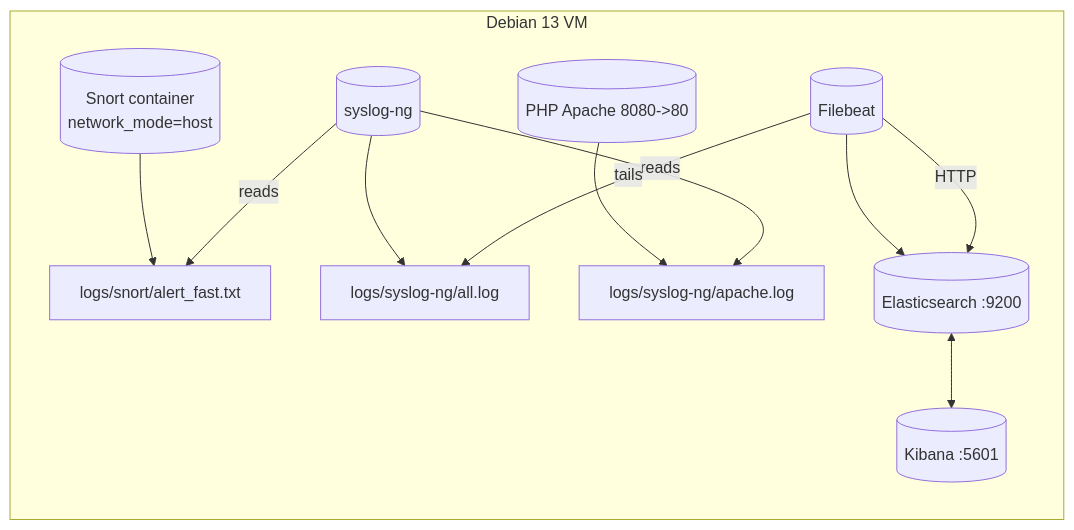
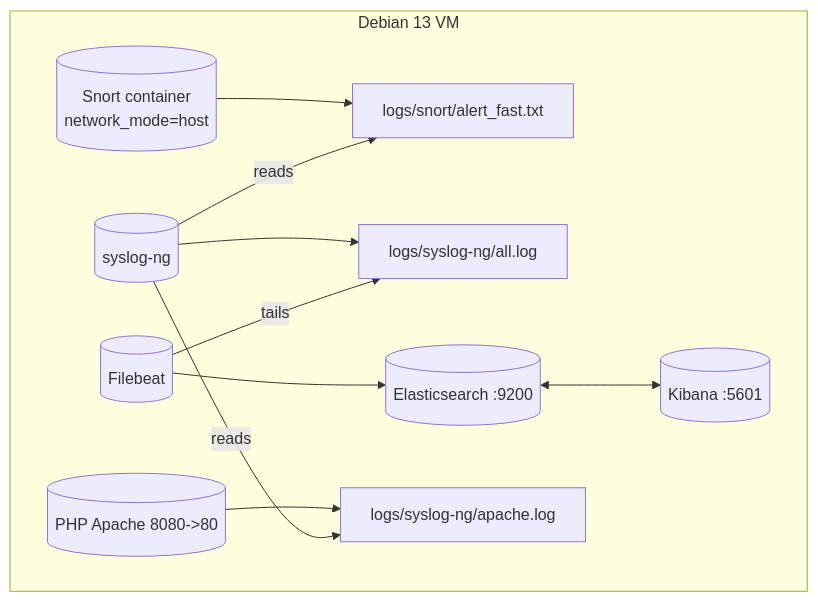
One commit to fireblock29/My_SIEM changed the diagram in README.md. Above: the diagram before and after it, drawn with Mermaid.

````diff
--- a/README.md
+++ b/README.md
@@ -33,19 +33,16 @@
 ```mermaid
 flowchart LR
   subgraph Host[Debian 13 VM]
-    direction TB
+    direction LR
 
     Snort[(Snort container\nnetwork_mode=host)] --> SLog[logs/snort/alert_fast.txt]
     SyslogNG[(syslog-ng)] --> All[logs/syslog-ng/all.log]
-    Web[(PHP Apache 8080->80)] --> ALog[logs/syslog-ng/apache.log]
     Filebeat[(Filebeat)] --> ES[(Elasticsearch :9200)]
     ES <--> KB[(Kibana :5601)]
+    Web[(PHP Apache 8080->80)] --> ALog[logs/syslog-ng/apache.log]
 
-    %% liens logiques
     SyslogNG -- reads --> SLog
     SyslogNG -- reads --> ALog
     Filebeat -- tails --> All
-    Filebeat -- HTTP --> ES
   end
-
 ```
````
